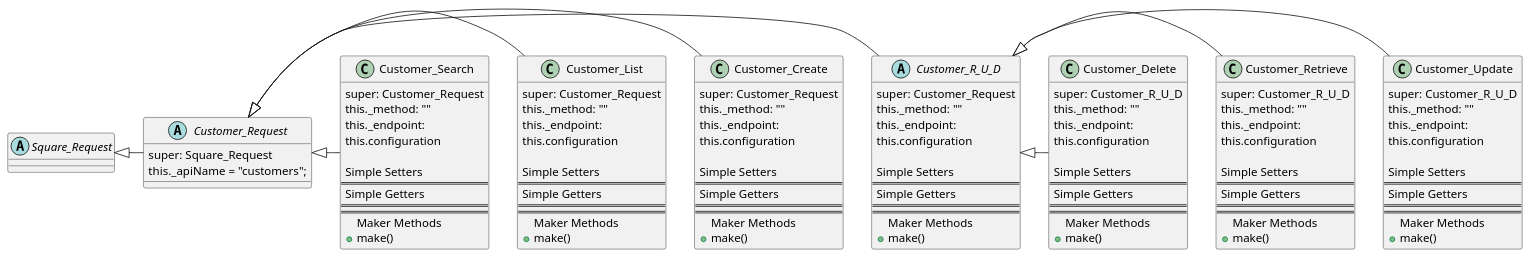
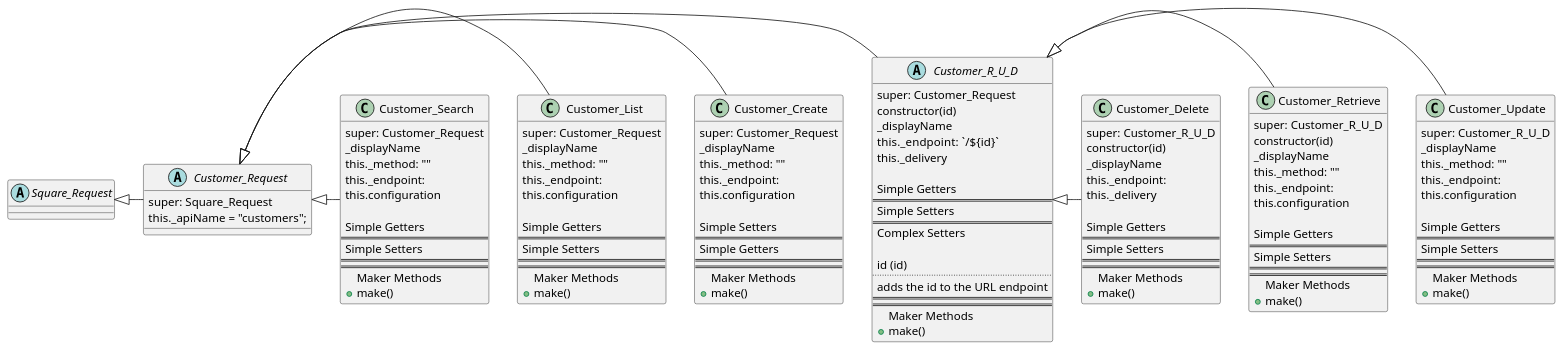
The diagram in docs/uml/pie_customer_api.puml (TwoFistedJustice/square-pie), drawn with PlantUML before and after one commit.

Commit message:
docs: diagram Customer Retrieve Update Delete class

```diff
--- a/docs/uml/pie_customer_api.puml
+++ b/docs/uml/pie_customer_api.puml
@@ -1,135 +1,149 @@
 @startuml
 'https://plantuml.com/class-diagram
 
 Square_Request <|- Customer_Request
 Customer_Request <|- Customer_R_U_D
 Customer_R_U_D <|- Customer_Update
 Customer_R_U_D <|- Customer_Retrieve
 Customer_R_U_D <|- Customer_Delete
 Customer_Request <|- Customer_Create
 Customer_Request <|- Customer_List
 Customer_Request <|- Customer_Search
 
 abstract class Square_Request {}
 abstract class Customer_Request {
 super: Square_Request
 this._apiName = "customers";
 }
 
 abstract class Customer_R_U_D {
 super: Customer_Request
-this._method: ""
-this._endpoint:
-this.configuration
+constructor(id)
+_displayName
+this._endpoint:  `/${id}`
+this._delivery
 
+Simple Getters
+==
 Simple Setters
 ==
-Simple Getters
+Complex Setters
+
+id (id)
+..
+adds the id to the URL endpoint
 ==
 ==
 Maker Methods
 +make()
 }
 class Customer_Update {
 super: Customer_R_U_D
+_displayName
 this._method: ""
 this._endpoint:
 this.configuration
 
+Simple Getters
+==
 Simple Setters
-==
-Simple Getters
 ==
 ==
 Maker Methods
 +make()
 }
 class Customer_Retrieve {
 super: Customer_R_U_D
+constructor(id)
+_displayName
 this._method: ""
 this._endpoint:
 this.configuration
 
+Simple Getters
+==
 Simple Setters
-==
-Simple Getters
 ==
 ==
 Maker Methods
 +make()
 }
 class Customer_Delete {
 super: Customer_R_U_D
-this._method: ""
+constructor(id)
+_displayName
 this._endpoint:
-this.configuration
+this._delivery
 
+Simple Getters
+==
 Simple Setters
-==
-Simple Getters
 ==
 ==
 Maker Methods
 +make()
 }
 
 class Customer_Create {
 super: Customer_Request
+_displayName
 this._method: ""
 this._endpoint:
 this.configuration
 
 Simple Setters
 ==
 Simple Getters
 ==
 ==
 Maker Methods
 +make()
 }
 class Customer_List {
 super: Customer_Request
+_displayName
 this._method: ""
 this._endpoint:
 this.configuration
 
+Simple Getters
+==
 Simple Setters
-==
-Simple Getters
 ==
 ==
 Maker Methods
 +make()
 }
 class Customer_Search {
 super: Customer_Request
+_displayName
 this._method: ""
 this._endpoint:
 this.configuration
 
+Simple Getters
+==
 Simple Setters
-==
-Simple Getters
 ==
 ==
 Maker Methods
 +make()
 }
 
 
 
 
 
 
 
 
 
 
 
 
 
 
 
 
 
 @enduml
```
